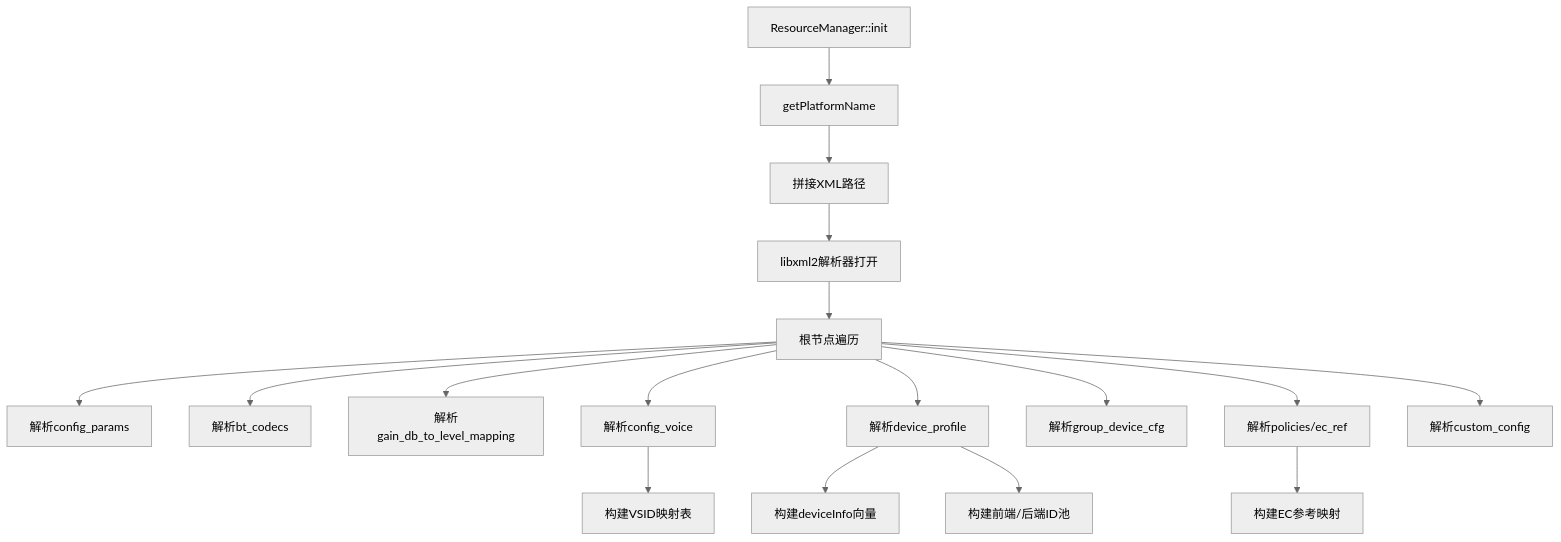
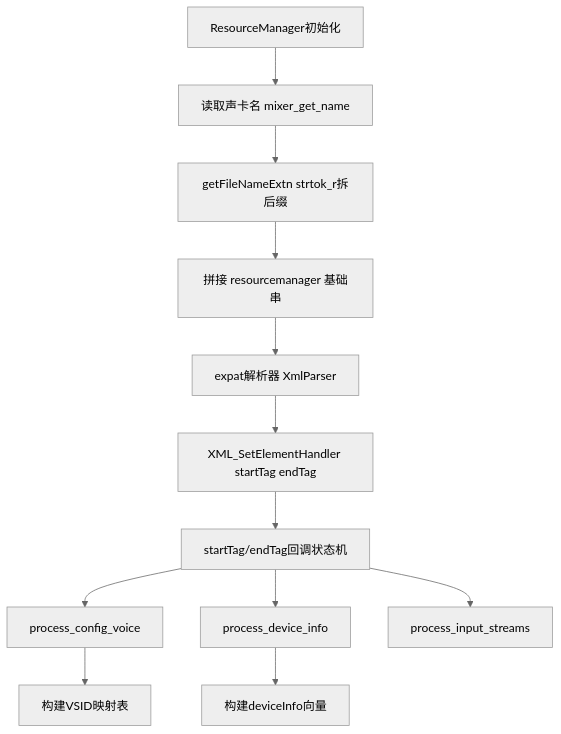
Before and after one commit to yanglinzhen1022/SA8295_AAOS_QNX_Audio_KnowledgeBase: the first of 4 diagrams in 15_PAL_Architecture/15_15.9_配置文件列表.md, drawn with Mermaid (neutral theme). The commit also changed other lines of this file and 48 other files, not shown here.

````diff
--- a/15_PAL_Architecture/15_15.9_配置文件列表.md
+++ b/15_PAL_Architecture/15_15.9_配置文件列表.md
@@ -39,19 +43,14 @@
 ```mermaid
 graph TB
-    RM_Init[ResourceManager::init] --> GetPlatform[getPlatformName]
-    GetPlatform --> BuildPath[拼接XML路径]
-    BuildPath --> Libxml2[libxml2解析器打开]
-    Libxml2 --> RootWalk[根节点遍历]
-    RootWalk --> ParseConfig[解析config_params]
-    RootWalk --> ParseBT[解析bt_codecs]
-    RootWalk --> ParseGain[解析gain_db_to_level_mapping]
-    RootWalk --> ParseVoice[解析config_voice]
-    RootWalk --> ParseDevProfile[解析device_profile]
-    RootWalk --> ParseGroupDev[解析group_device_cfg]
-    RootWalk --> ParsePolicies[解析policies/ec_ref]
-    RootWalk --> ParseCustom[解析custom_config]
-    ParseDevProfile --> BuildDevInfo[构建deviceInfo向量]
-    ParseDevProfile --> BuildFEBE[构建前端/后端ID池]
-    ParsePolicies --> BuildECRef[构建EC参考映射]
+    RM_Init[ResourceManager初始化] --> GetName[读取声卡名 mixer_get_name]
+    GetName --> Extn[getFileNameExtn strtok_r拆后缀]
+    Extn --> BuildPath[拼接 resourcemanager 基础串]
+    BuildPath --> Expat[expat解析器 XmlParser]
+    Expat --> SetHandler[XML_SetElementHandler startTag endTag]
+    SetHandler --> RootWalk[startTag/endTag回调状态机]
+    RootWalk --> ParseVoice[process_config_voice]
+    RootWalk --> ParseDev[process_device_info]
+    RootWalk --> ParseStreams[process_input_streams]
+    ParseDev --> BuildDevInfo[构建deviceInfo向量]
     ParseVoice --> BuildVSID[构建VSID映射表]
 ```
````
